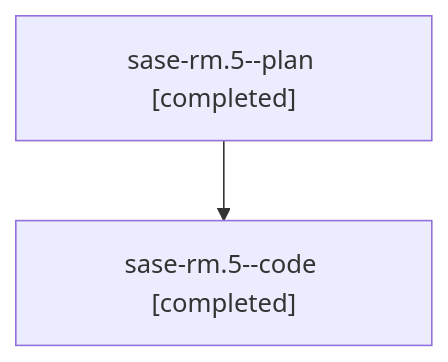
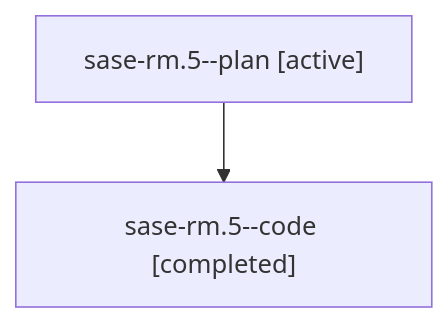
One commit to sase-org/sase--agents changed the diagram in families/bbugyi200.athena.sase-rm.5.md. Above: the diagram before and after it, drawn with Mermaid. The commit also changed other lines of this file and 35830 other files, not shown here.

````diff
--- a/families/bbugyi200.athena.sase-rm.5.md
+++ b/families/bbugyi200.athena.sase-rm.5.md
@@ -9,6 +9,6 @@
 ```mermaid
 flowchart TD
-  n0["sase-rm.5--plan [completed]"]
+  n0["sase-rm.5--plan [active]"]
   n1["sase-rm.5--code [completed]"]
   n0 --> n1
 ```
````
